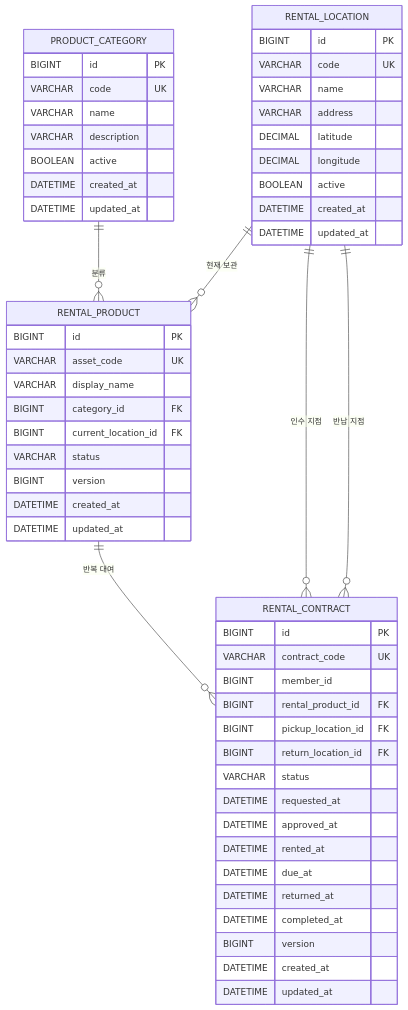
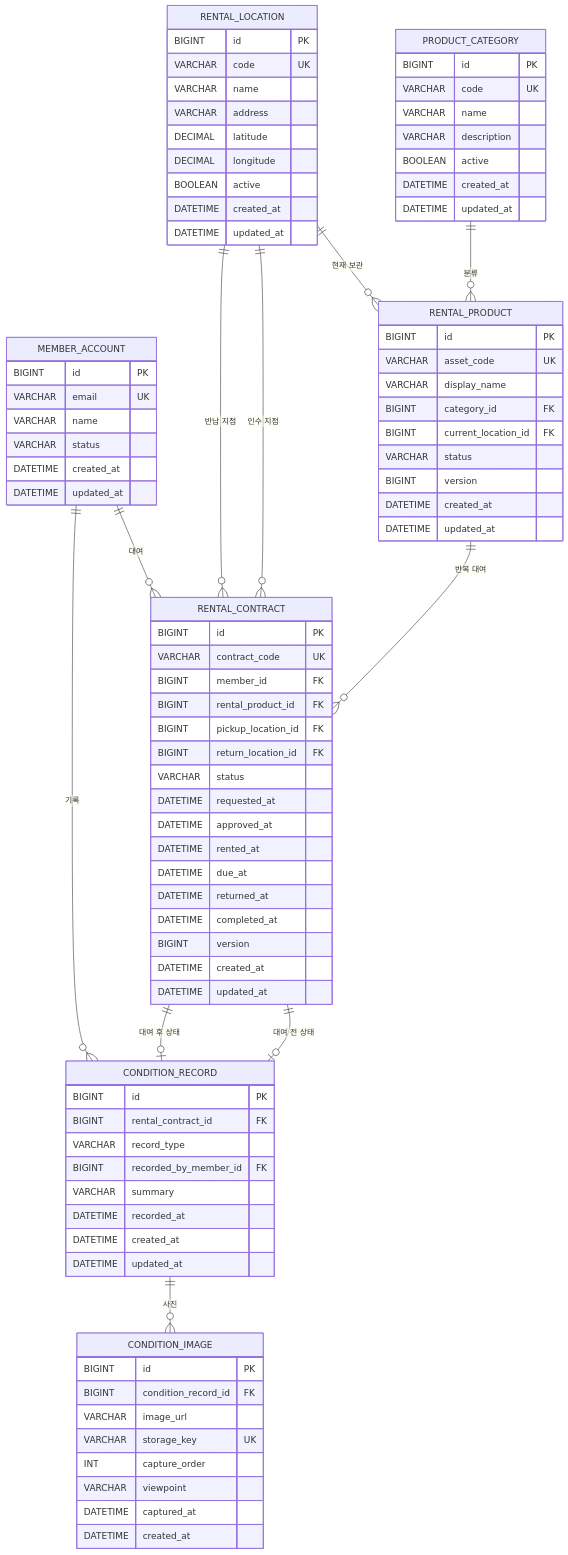
One commit to WJLee0417/RentalTrack changed the diagram in docs/ERD.md. Above: the diagram before and after it, drawn with Mermaid. The commit also changed other lines of this file and 10 other files, not shown here.

Commit message:
feat: add member and condition history domains

````diff
--- a/docs/ERD.md
+++ b/docs/ERD.md
@@ -7,10 +7,24 @@
 ```mermaid
 erDiagram
+    MEMBER_ACCOUNT ||--o{ RENTAL_CONTRACT : "대여"
     RENTAL_LOCATION ||--o{ RENTAL_PRODUCT : "현재 보관"
     PRODUCT_CATEGORY ||--o{ RENTAL_PRODUCT : "분류"
     RENTAL_PRODUCT ||--o{ RENTAL_CONTRACT : "반복 대여"
     RENTAL_LOCATION ||--o{ RENTAL_CONTRACT : "인수 지점"
     RENTAL_LOCATION ||--o{ RENTAL_CONTRACT : "반납 지점"
+    RENTAL_CONTRACT ||--o| CONDITION_RECORD : "대여 전 상태"
+    RENTAL_CONTRACT ||--o| CONDITION_RECORD : "대여 후 상태"
+    MEMBER_ACCOUNT ||--o{ CONDITION_RECORD : "기록"
+    CONDITION_RECORD ||--o{ CONDITION_IMAGE : "사진"
+
+    MEMBER_ACCOUNT {
+        BIGINT id PK
+        VARCHAR email UK
+        VARCHAR name
+        VARCHAR status
+        DATETIME created_at
+        DATETIME updated_at
+    }
 
     RENTAL_LOCATION {
         BIGINT id PK
@@ -49,7 +63,7 @@
     RENTAL_CONTRACT {
         BIGINT id PK
         VARCHAR contract_code UK
-        BIGINT member_id
+        BIGINT member_id FK
         BIGINT rental_product_id FK
         BIGINT pickup_location_id FK
         BIGINT return_location_id FK
@@ -64,4 +78,26 @@
         DATETIME created_at
         DATETIME updated_at
     }
+
+    CONDITION_RECORD {
+        BIGINT id PK
+        BIGINT rental_contract_id FK
+        VARCHAR record_type
+        BIGINT recorded_by_member_id FK
+        VARCHAR summary
+        DATETIME recorded_at
+        DATETIME created_at
+        DATETIME updated_at
+    }
+
+    CONDITION_IMAGE {
+        BIGINT id PK
+        BIGINT condition_record_id FK
+        VARCHAR image_url
+        VARCHAR storage_key UK
+        INT capture_order
+        VARCHAR viewpoint
+        DATETIME captured_at
+        DATETIME created_at
+    }
 ```
````
